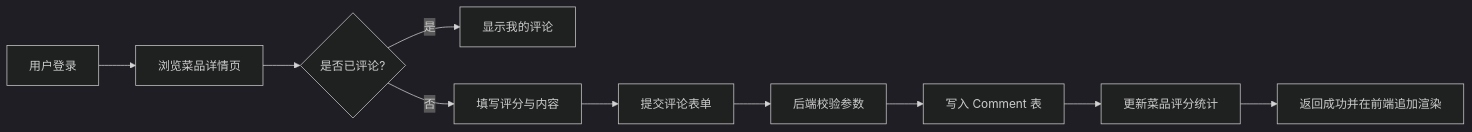
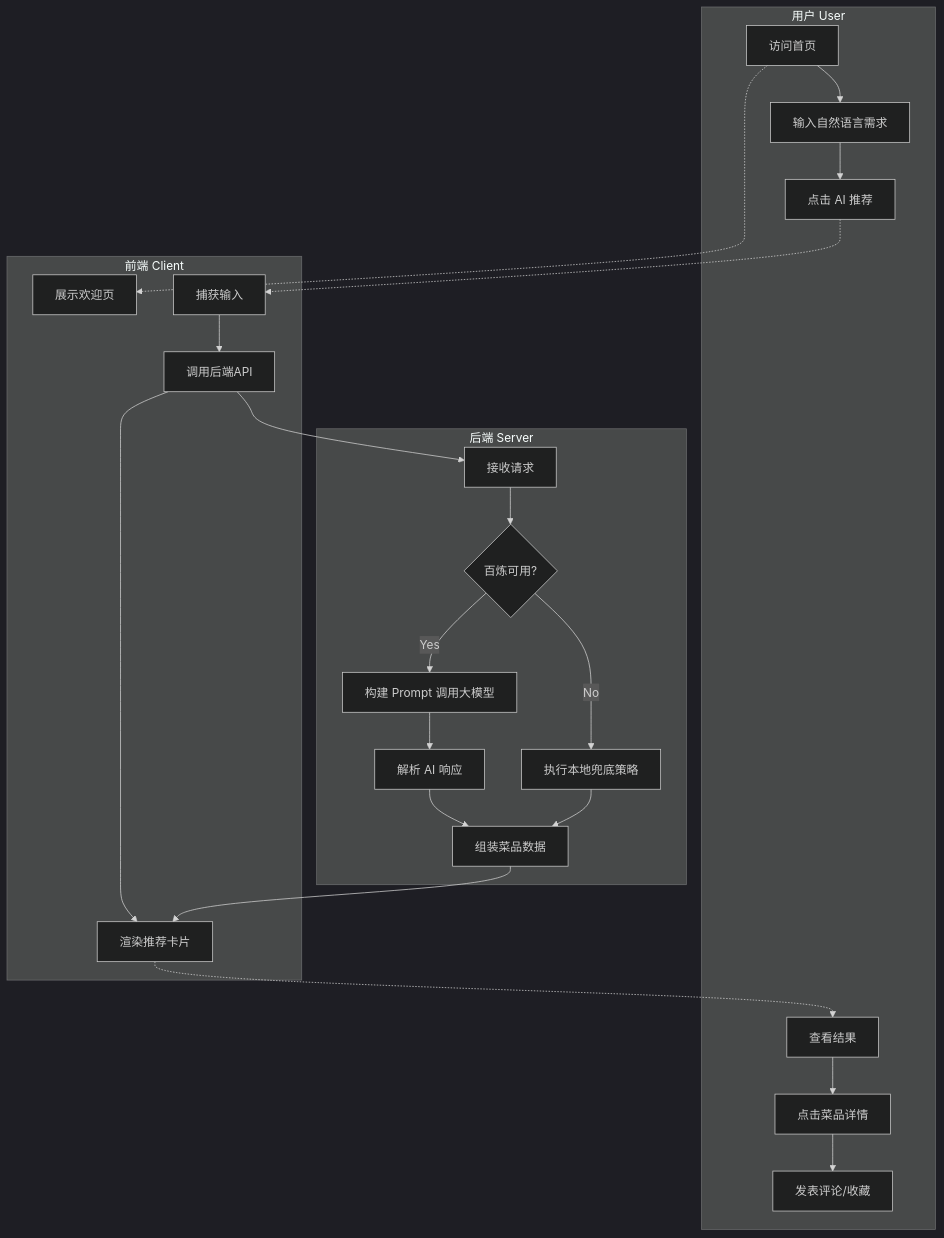
One commit to MoriSparkles/EatinginZJUT changed the fourth of 12 diagrams in README.md. Above: the diagram before and after it, drawn with Mermaid (dark theme). The commit also changed other lines of this file, not shown here.

````diff
--- a/README.md
+++ b/README.md
@@ -465,12 +584,38 @@
 ```mermaid
-graph LR
-    A[用户登录] --> B[浏览菜品详情页]
-    B --> C{是否已评论?}
-    C -- 是 --> D[显示我的评论]
-    C -- 否 --> E[填写评分与内容]
-    E --> F[提交评论表单]
-    F --> G[后端校验参数]
-    G --> H[写入 Comment 表]
-    H --> I[更新菜品评分统计]
-    I --> J[返回成功并在前端追加渲染]
+graph TB
+    subgraph User[用户 User]
+        U1[访问首页] --> U2[输入自然语言需求]
+        U2 --> U3[点击 AI 推荐]
+        U5[查看结果] --> U6[点击菜品详情]
+        U6 --> U7[发表评论/收藏]
+    end
+    
+    subgraph Frontend[前端 Client]
+        F1[展示欢迎页]
+        F2[捕获输入]
+        F3[调用后端API]
+        F4[渲染推荐卡片]
+        U1 -.-> F1
+        U3 -.-> F2
+        F2 --> F3
+        F3 --> F4
+        F4 -.-> U5
+    end
+    
+    subgraph Backend[后端 Server]
+        B1[接收请求]
+        B2{百炼可用?}
+        B3[构建 Prompt 调用大模型]
+        B4[解析 AI 响应]
+        B5[执行本地兜底策略]
+        B6[组装菜品数据]
+        F3 --> B1
+        B1 --> B2
+        B2 -- Yes --> B3
+        B3 --> B4
+        B4 --> B6
+        B2 -- No --> B5
+        B5 --> B6
+        B6 --> F4
+    end
 ```
````
